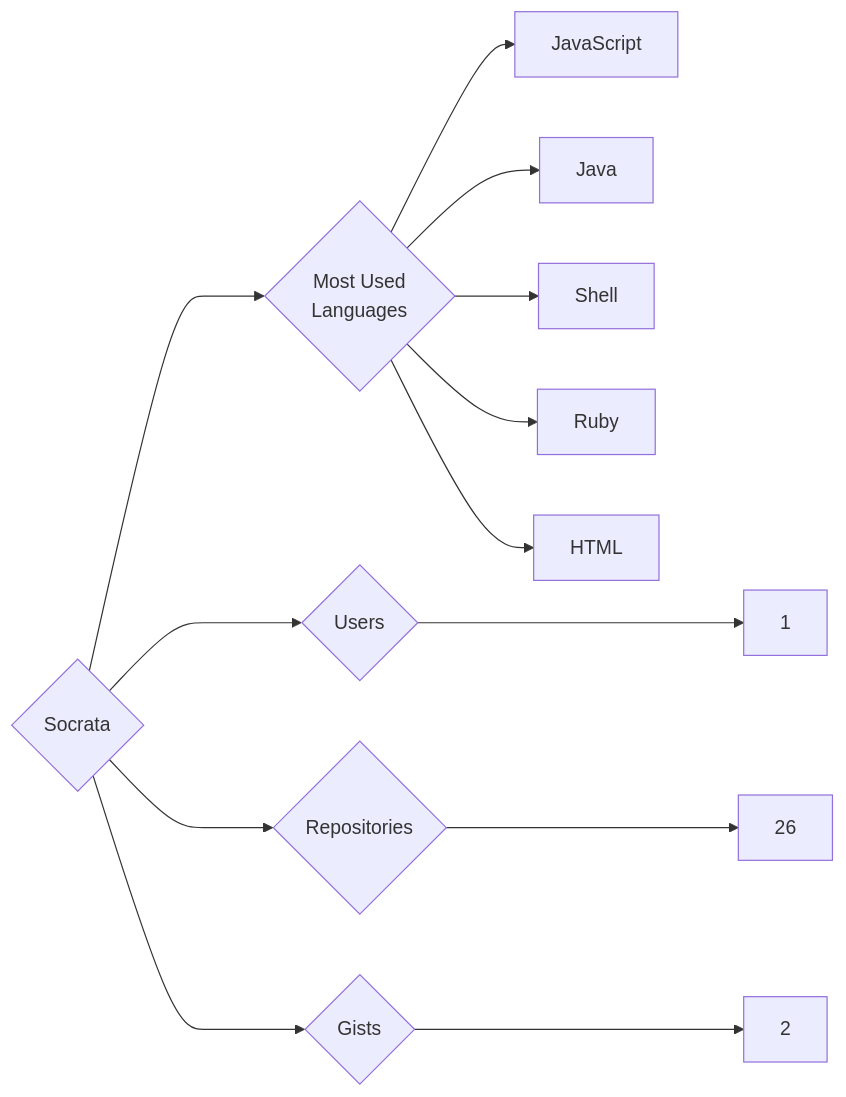
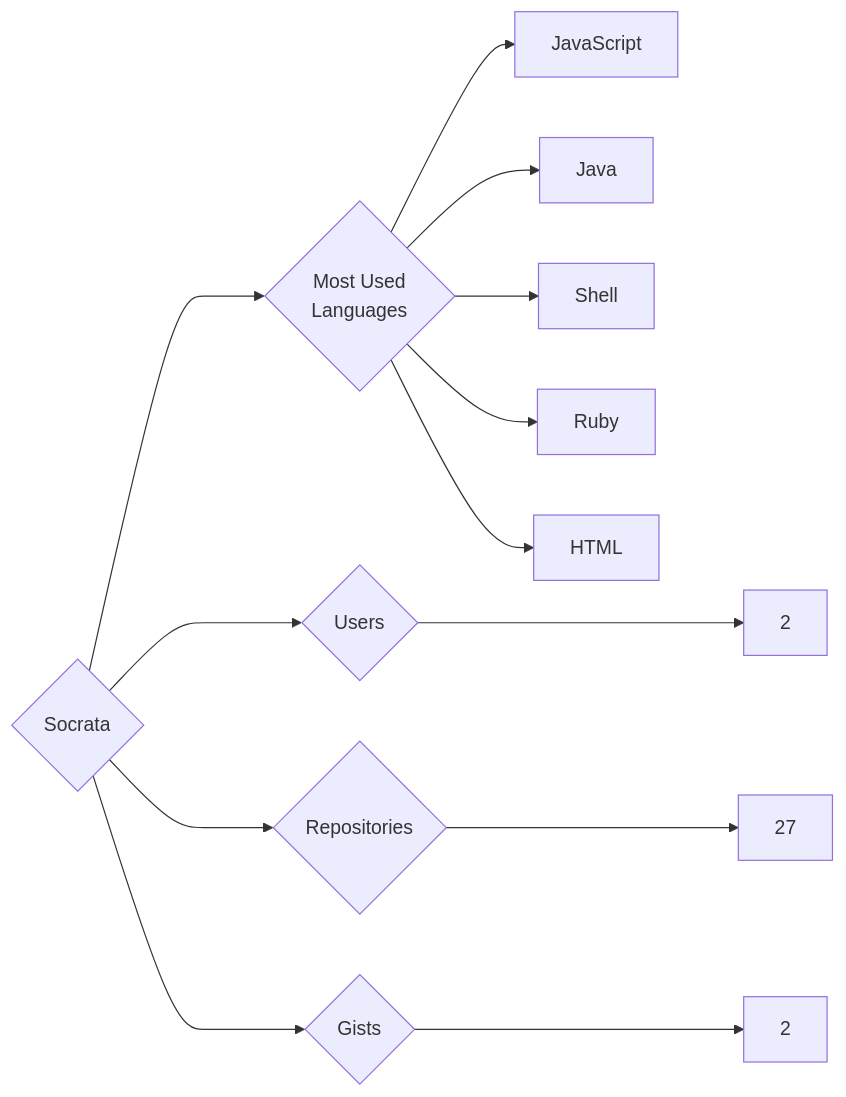
The diagram in targets/Socrata/README.md (trickest/insiders), drawn with Mermaid before and after one commit. The commit also changed 748 other files, not shown here.

````diff
--- a/targets/Socrata/README.md
+++ b/targets/Socrata/README.md
@@ -3,13 +3,13 @@
 ```mermaid
 graph LR
 COMPANY_NAME{Socrata}
-COMPANY_NAME ---> U{Users} ---> UN[1]
-COMPANY_NAME ---> R{Repositories} ---> RN[26]
+COMPANY_NAME ---> U{Users} ---> UN[2]
+COMPANY_NAME ---> R{Repositories} ---> RN[27]
 COMPANY_NAME ---> G{Gists} ---> GN[2]
 COMPANY_NAME ---> ML{Most Used<br>Languages}
 ML --> JavaScript[JavaScript]
 ML --> Java[Java]
 ML --> Shell[Shell]
 ML --> Ruby[Ruby]
 ML --> HTML[HTML]
 ```
````
